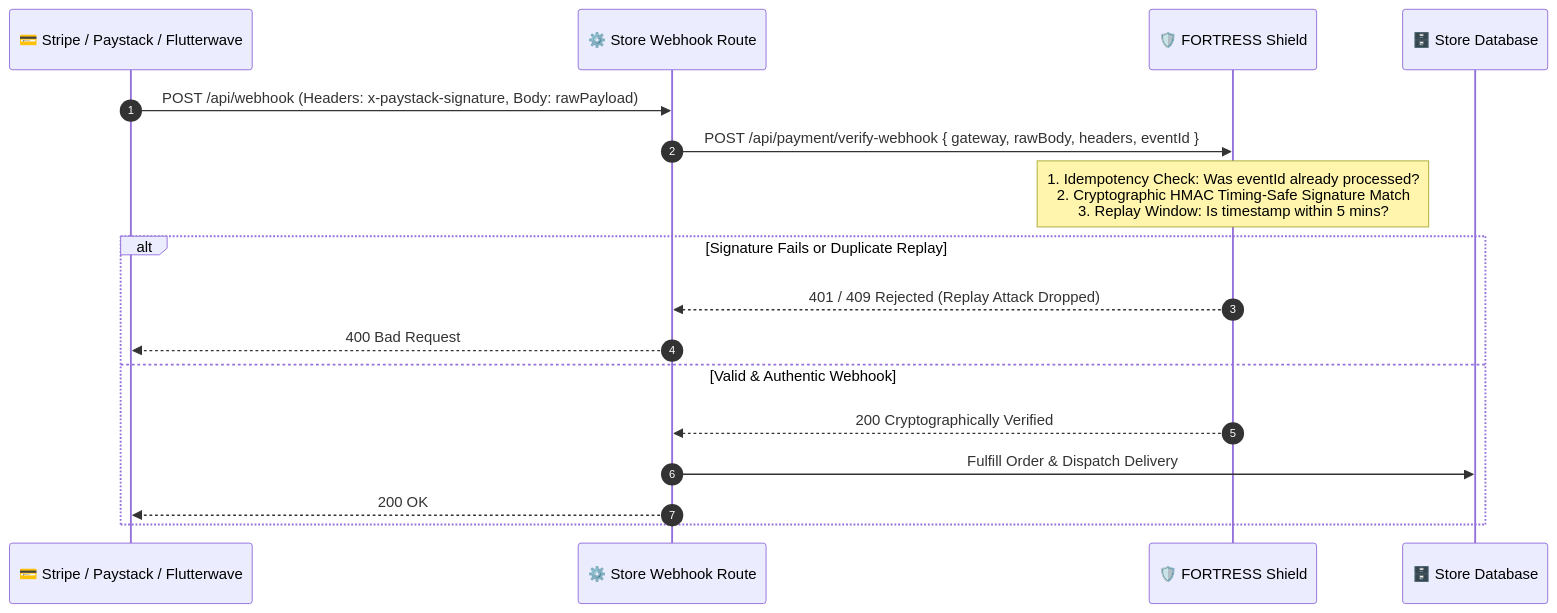
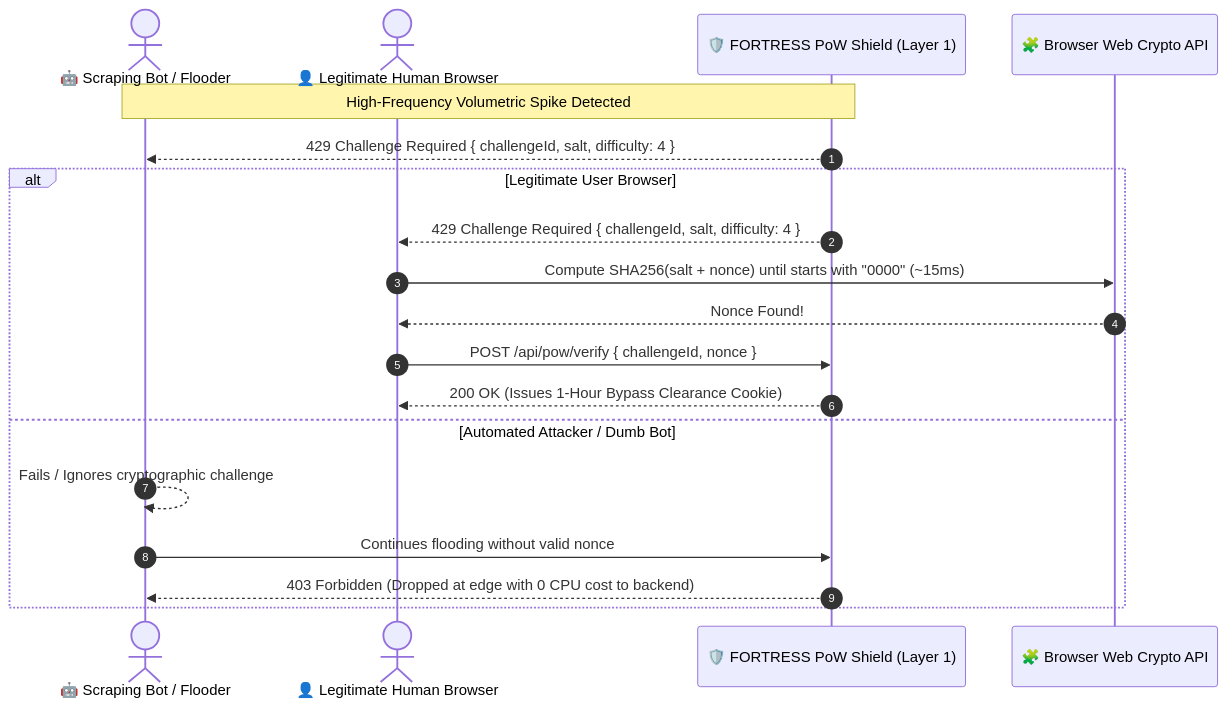
Before and after one commit to alexhack235-code/AI-Security-Scanner-API: the sixth of 7 diagrams in README.md, drawn with Mermaid. The commit also changed other lines of this file and 26 other files, not shown here.

````diff
--- a/README.md
+++ b/README.md
@@ -70,22 +347,23 @@
 ```mermaid
 sequenceDiagram
     autonumber
-    participant Gateway as 💳 Stripe / Paystack / Flutterwave
-    participant WebhookEndpoint as ⚙️ Store Webhook Route
-    participant Fortress as 🛡️ FORTRESS Shield
-    participant DB as 🗄️ Store Database
+    actor Bot as 🤖 Scraping Bot / Flooder
+    actor User as 👤 Legitimate Human Browser
+    participant WAF as 🛡️ FORTRESS PoW Shield (Layer 1)
+    participant Crypto as 🧩 Browser Web Crypto API
 
-    Gateway->>WebhookEndpoint: POST /api/webhook (Headers: x-paystack-signature, Body: rawPayload)
-    WebhookEndpoint->>Fortress: POST /api/payment/verify-webhook { gateway, rawBody, headers, eventId }
+    Note over Bot,WAF: High-Frequency Volumetric Spike Detected
+    WAF-->>Bot: 429 Challenge Required { challengeId, salt, difficulty: 4 }
     
-    Note over Fortress: 1. Idempotency Check: Was eventId already processed?<br/>2. Cryptographic HMAC Timing-Safe Signature Match<br/>3. Replay Window: Is timestamp within 5 mins?
-    
-    alt Signature Fails or Duplicate Replay
-        Fortress-->>WebhookEndpoint: 401 / 409 Rejected (Replay Attack Dropped)
-        WebhookEndpoint-->>Gateway: 400 Bad Request
-    else Valid & Authentic Webhook
-        Fortress-->>WebhookEndpoint: 200 Cryptographically Verified
-        WebhookEndpoint->>DB: Fulfill Order & Dispatch Delivery
-        WebhookEndpoint-->>Gateway: 200 OK
+    alt Legitimate User Browser
+        WAF-->>User: 429 Challenge Required { challengeId, salt, difficulty: 4 }
+        User->>Crypto: Compute SHA256(salt + nonce) until starts with "0000" (~15ms)
+        Crypto-->>User: Nonce Found!
+        User->>WAF: POST /api/pow/verify { challengeId, nonce }
+        WAF-->>User: 200 OK (Issues 1-Hour Bypass Clearance Cookie)
+    else Automated Attacker / Dumb Bot
+        Bot-->>Bot: Fails / Ignores cryptographic challenge
+        Bot->>WAF: Continues flooding without valid nonce
+        WAF-->>Bot: 403 Forbidden (Dropped at edge with 0 CPU cost to backend)
     end
 ```
````
